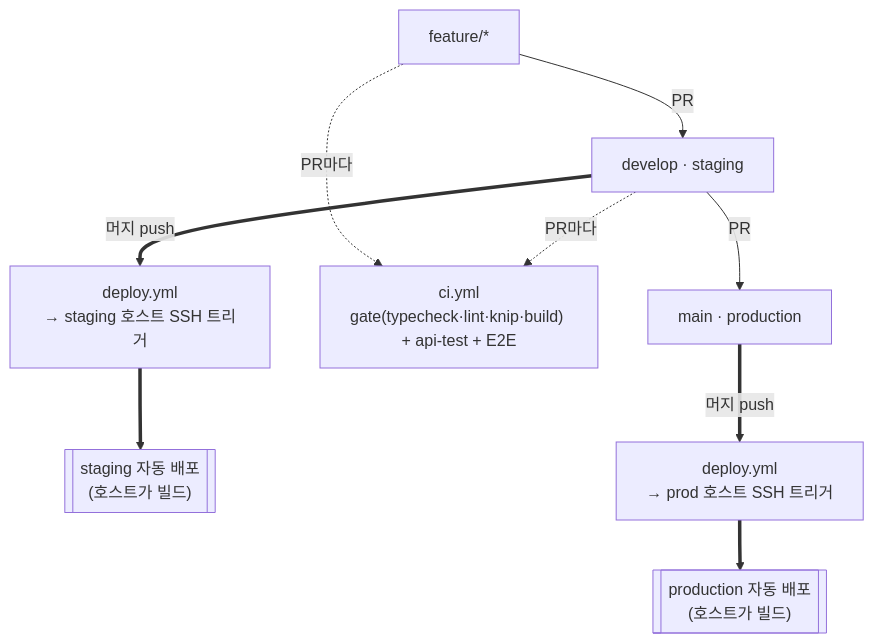
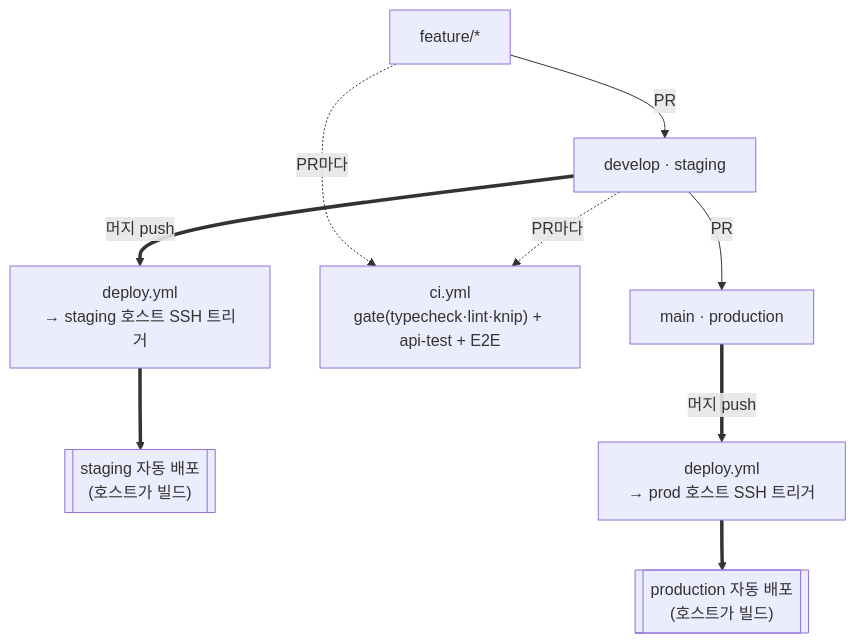
The diagram in README.md (wafflestudio/cse.snu.ac.kr), drawn with Mermaid before and after one commit. The commit also changed other lines of this file and 2 other files, not shown here.

Commit message:
chore(ci): gate 의 웹 빌드 단계를 뺀다 — e2e 가 빌드한다

````diff
--- a/README.md
+++ b/README.md
@@ -39,12 +39,12 @@
 ```mermaid
 flowchart TD
   feat["feature/*"] -->|"PR"| dev["develop · staging"]
   dev -->|"PR"| main["main · production"]
 
   feat -. "PR마다" .-> ci
   dev -. "PR마다" .-> ci
-  ci["ci.yml<br/>gate(typecheck·lint·knip·build) + api-test + E2E"]
+  ci["ci.yml<br/>gate(typecheck·lint·knip) + api-test + E2E"]
 
   dev ==>|"머지 push"| dstg["deploy.yml<br/>→ staging 호스트 SSH 트리거"] ==> stg[["staging 자동 배포<br/>(호스트가 빌드)"]]
   main ==>|"머지 push"| dprd["deploy.yml<br/>→ prod 호스트 SSH 트리거"] ==> prd[["production 자동 배포<br/>(호스트가 빌드)"]]
 ```
````
